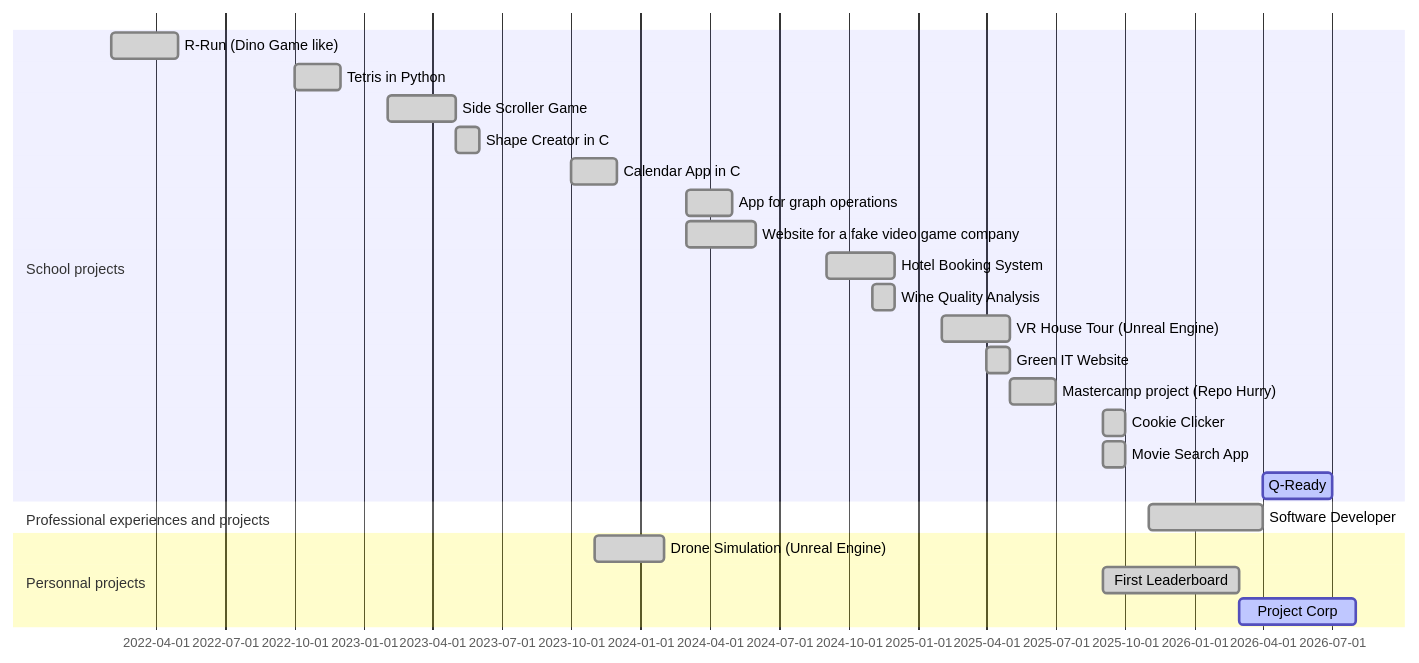
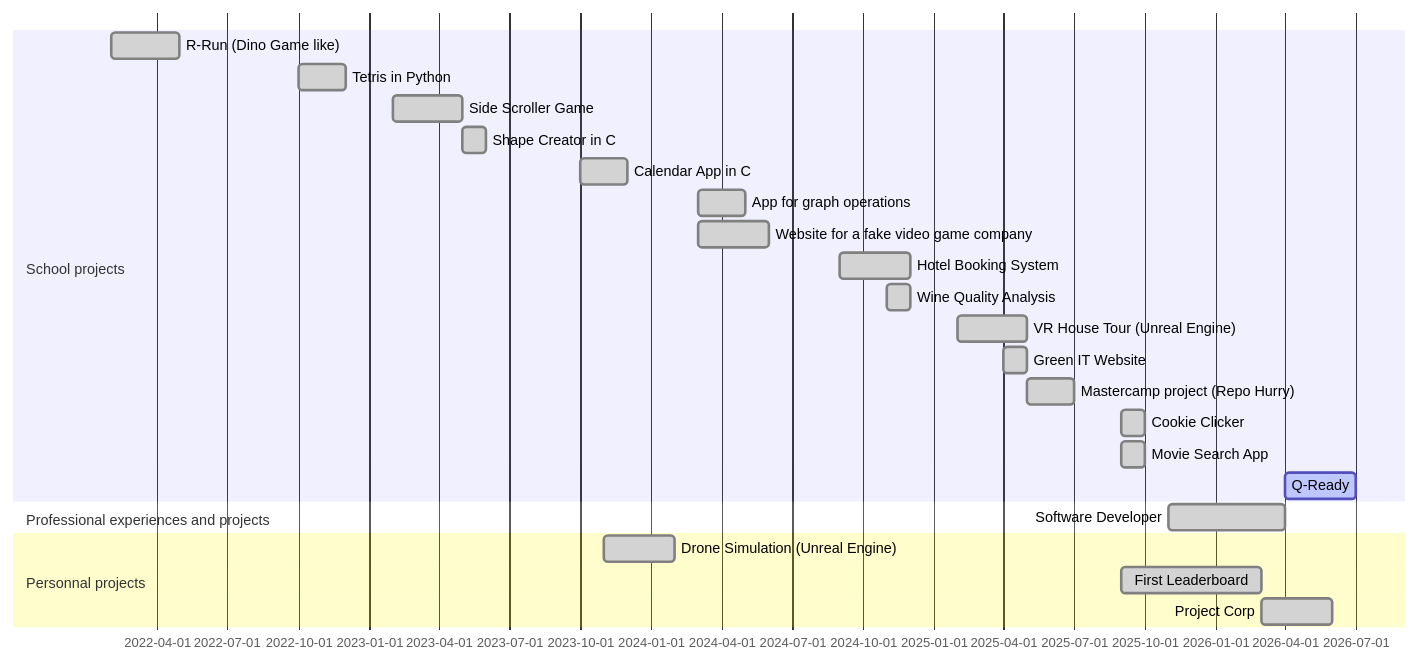
The diagram in Readme.md (Rowuni/Rowuni), drawn with Mermaid before and after one commit. The commit also changed other lines of this file, not shown here.

Commit message:
Project Corp update

````diff
--- a/Readme.md
+++ b/Readme.md
@@ -190,26 +190,26 @@
 ```mermaid
 gantt
     dateFormat  YYYY-MM
     section School projects
     R-Run (Dino Game like)       :done, 2022-02, 2022-05
     Tetris in Python       :done, 2022-10, 2022-12
     Side Scroller Game       :done, 2023-02, 2023-05
     Shape Creator in C       :done, 2023-05, 2023-06
     Calendar App in C      :done, 2023-10, 2023-12
     App for graph operations       :done, 2024-03, 2024-05
     Website for a fake video game company       :done, 2024-03, 2024-06
     Hotel Booking System       :done, 2024-09, 2024-12
     Wine Quality Analysis       :done, 2024-11, 2024-12
     VR House Tour (Unreal Engine)       :done, 2025-02, 2025-05
     Green IT Website       :done, 2025-04, 2025-05
     Mastercamp project (Repo Hurry)       :done, 2025-05, 2025-07
     Cookie Clicker         :done, 2025-09, 2025-10
     Movie Search App       :done, 2025-09, 2025-10
     Q-Ready        :active, 2026-04, 2026-07
     section Professional experiences and projects
     Software Developer           :done, 2025-11, 2026-04
     section Personnal projects
     Drone Simulation (Unreal Engine)       :done, 2023-11, 2024-02
     First Leaderboard       :done, 2025-09, 2026-03
-    Project Corp       :active, 2026-03, 2026-08
+    Project Corp       :done, 2026-03, 2026-06
 ```
````
